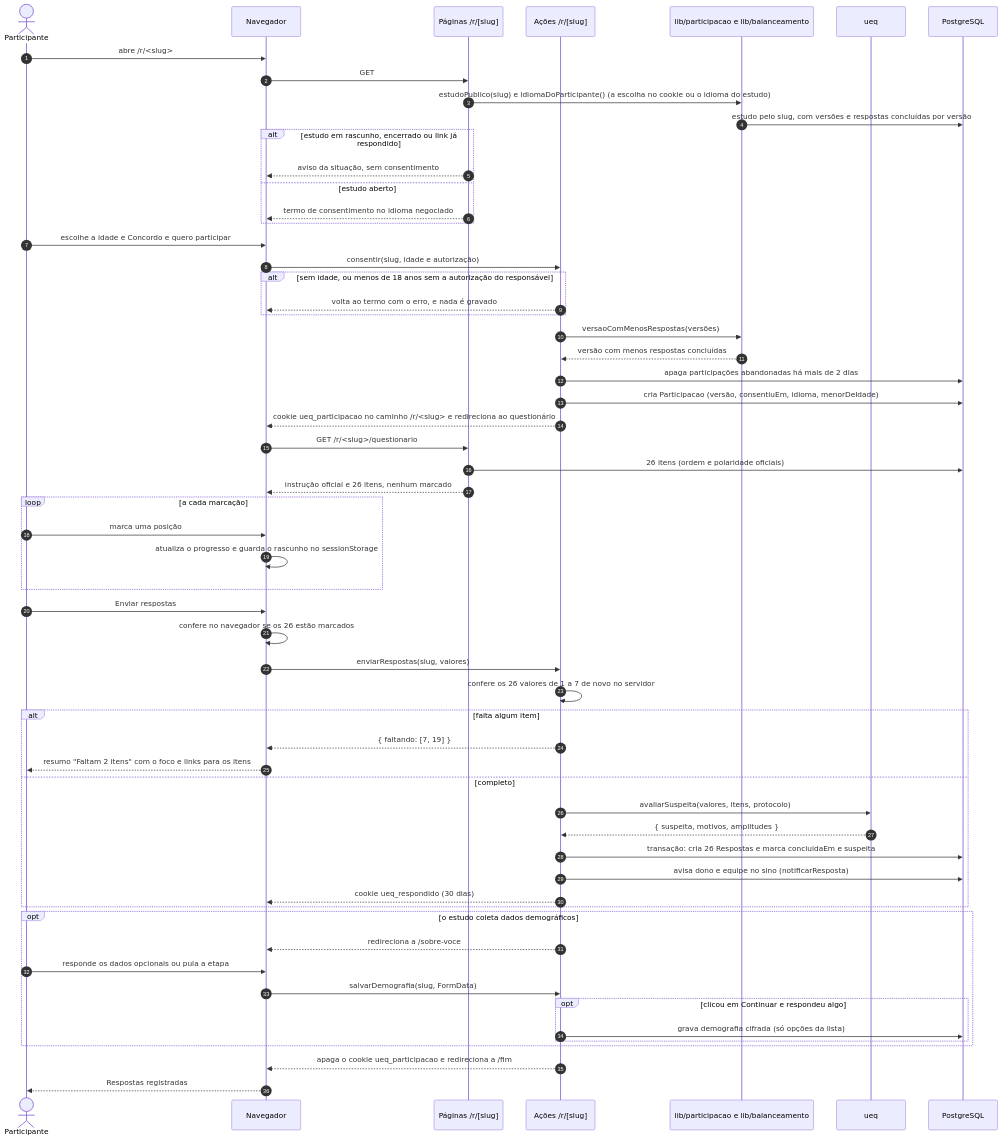
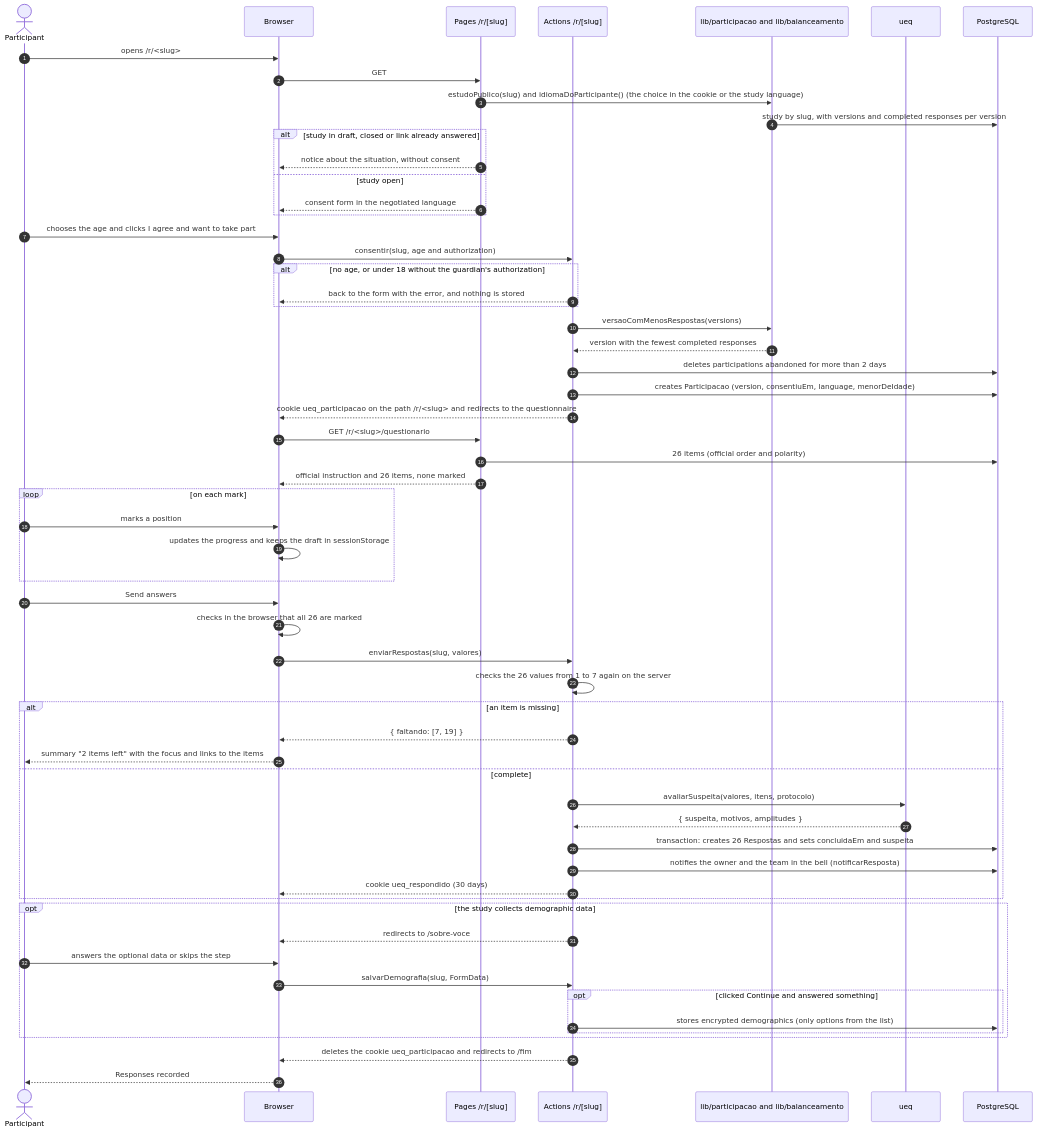
The diagram in docs/documentacao/fontes/diagramas-de-sequencia-2.mmd (gabrielfjm/ueq_form_ihc), drawn with Mermaid before and after one commit. The commit also changed 151 other files, not shown here.

First line of the commit message:
mostra a documentação no idioma da interface, com os diagramas em inglês

```diff
--- a/docs/documentacao/fontes/diagramas-de-sequencia-2.mmd
+++ b/docs/documentacao/fontes/diagramas-de-sequencia-2.mmd
@@ -1,64 +1,64 @@
 sequenceDiagram
     autonumber
-    actor Part as Participante
-    participant Nav as Navegador
-    participant Pag as Páginas /r/[slug]
-    participant Acao as Ações /r/[slug]
-    participant Lib as lib/participacao e lib/balanceamento
+    actor Part as Participant
+    participant Nav as Browser
+    participant Pag as Pages /r/[slug]
+    participant Acao as Actions /r/[slug]
+    participant Lib as lib/participacao and lib/balanceamento
     participant Ueq as ueq
     participant BD as PostgreSQL
 
-    Part->>Nav: abre /r/<slug>
+    Part->>Nav: opens /r/<slug>
     Nav->>Pag: GET
-    Pag->>Lib: estudoPublico(slug) e idiomaDoParticipante() (a escolha no cookie ou o idioma do estudo)
-    Lib->>BD: estudo pelo slug, com versões e respostas concluídas por versão
-    alt estudo em rascunho, encerrado ou link já respondido
-        Pag-->>Nav: aviso da situação, sem consentimento
-    else estudo aberto
-        Pag-->>Nav: termo de consentimento no idioma negociado
+    Pag->>Lib: estudoPublico(slug) and idiomaDoParticipante() (the choice in the cookie or the study language)
+    Lib->>BD: study by slug, with versions and completed responses per version
+    alt study in draft, closed or link already answered
+        Pag-->>Nav: notice about the situation, without consent
+    else study open
+        Pag-->>Nav: consent form in the negotiated language
     end
 
-    Part->>Nav: escolhe a idade e Concordo e quero participar
-    Nav->>Acao: consentir(slug, idade e autorização)
-    alt sem idade, ou menos de 18 anos sem a autorização do responsável
-        Acao-->>Nav: volta ao termo com o erro, e nada é gravado
+    Part->>Nav: chooses the age and clicks I agree and want to take part
+    Nav->>Acao: consentir(slug, age and authorization)
+    alt no age, or under 18 without the guardian's authorization
+        Acao-->>Nav: back to the form with the error, and nothing is stored
     end
-    Acao->>Lib: versaoComMenosRespostas(versões)
-    Lib-->>Acao: versão com menos respostas concluídas
-    Acao->>BD: apaga participações abandonadas há mais de 2 dias
-    Acao->>BD: cria Participacao (versão, consentiuEm, idioma, menorDeIdade)
-    Acao-->>Nav: cookie ueq_participacao no caminho /r/<slug> e redireciona ao questionário
+    Acao->>Lib: versaoComMenosRespostas(versions)
+    Lib-->>Acao: version with the fewest completed responses
+    Acao->>BD: deletes participations abandoned for more than 2 days
+    Acao->>BD: creates Participacao (version, consentiuEm, language, menorDeIdade)
+    Acao-->>Nav: cookie ueq_participacao on the path /r/<slug> and redirects to the questionnaire
 
     Nav->>Pag: GET /r/<slug>/questionario
-    Pag->>BD: 26 itens (ordem e polaridade oficiais)
-    Pag-->>Nav: instrução oficial e 26 itens, nenhum marcado
-    loop a cada marcação
-        Part->>Nav: marca uma posição
-        Nav->>Nav: atualiza o progresso e guarda o rascunho no sessionStorage
+    Pag->>BD: 26 items (official order and polarity)
+    Pag-->>Nav: official instruction and 26 items, none marked
+    loop on each mark
+        Part->>Nav: marks a position
+        Nav->>Nav: updates the progress and keeps the draft in sessionStorage
     end
 
-    Part->>Nav: Enviar respostas
-    Nav->>Nav: confere no navegador se os 26 estão marcados
+    Part->>Nav: Send answers
+    Nav->>Nav: checks in the browser that all 26 are marked
     Nav->>Acao: enviarRespostas(slug, valores)
-    Acao->>Acao: confere os 26 valores de 1 a 7 de novo no servidor
-    alt falta algum item
+    Acao->>Acao: checks the 26 values from 1 to 7 again on the server
+    alt an item is missing
         Acao-->>Nav: { faltando: [7, 19] }
-        Nav-->>Part: resumo "Faltam 2 itens" com o foco e links para os itens
-    else completo
+        Nav-->>Part: summary "2 items left" with the focus and links to the items
+    else complete
         Acao->>Ueq: avaliarSuspeita(valores, itens, protocolo)
         Ueq-->>Acao: { suspeita, motivos, amplitudes }
-        Acao->>BD: transação: cria 26 Respostas e marca concluidaEm e suspeita
-        Acao->>BD: avisa dono e equipe no sino (notificarResposta)
-        Acao-->>Nav: cookie ueq_respondido (30 dias)
+        Acao->>BD: transaction: creates 26 Respostas and sets concluidaEm and suspeita
+        Acao->>BD: notifies the owner and the team in the bell (notificarResposta)
+        Acao-->>Nav: cookie ueq_respondido (30 days)
     end
 
-    opt o estudo coleta dados demográficos
-        Acao-->>Nav: redireciona a /sobre-voce
-        Part->>Nav: responde os dados opcionais ou pula a etapa
+    opt the study collects demographic data
+        Acao-->>Nav: redirects to /sobre-voce
+        Part->>Nav: answers the optional data or skips the step
         Nav->>Acao: salvarDemografia(slug, FormData)
-        opt clicou em Continuar e respondeu algo
-            Acao->>BD: grava demografia cifrada (só opções da lista)
+        opt clicked Continue and answered something
+            Acao->>BD: stores encrypted demographics (only options from the list)
         end
     end
-    Acao-->>Nav: apaga o cookie ueq_participacao e redireciona a /fim
-    Nav-->>Part: Respostas registradas
+    Acao-->>Nav: deletes the cookie ueq_participacao and redirects to /fim
+    Nav-->>Part: Responses recorded
```
